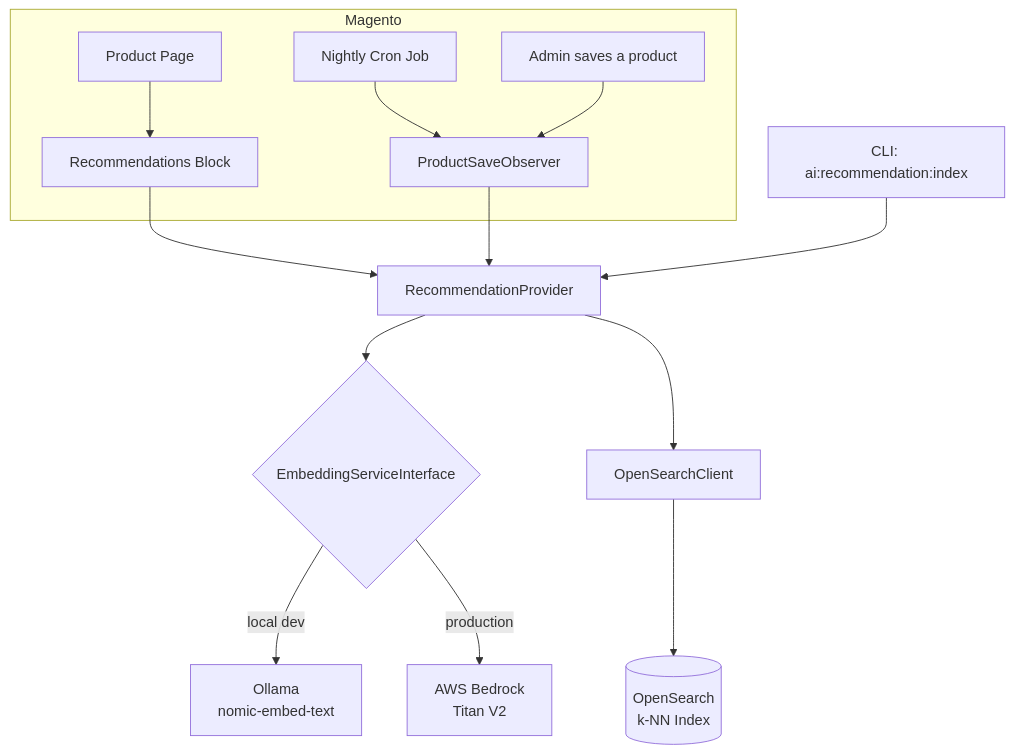
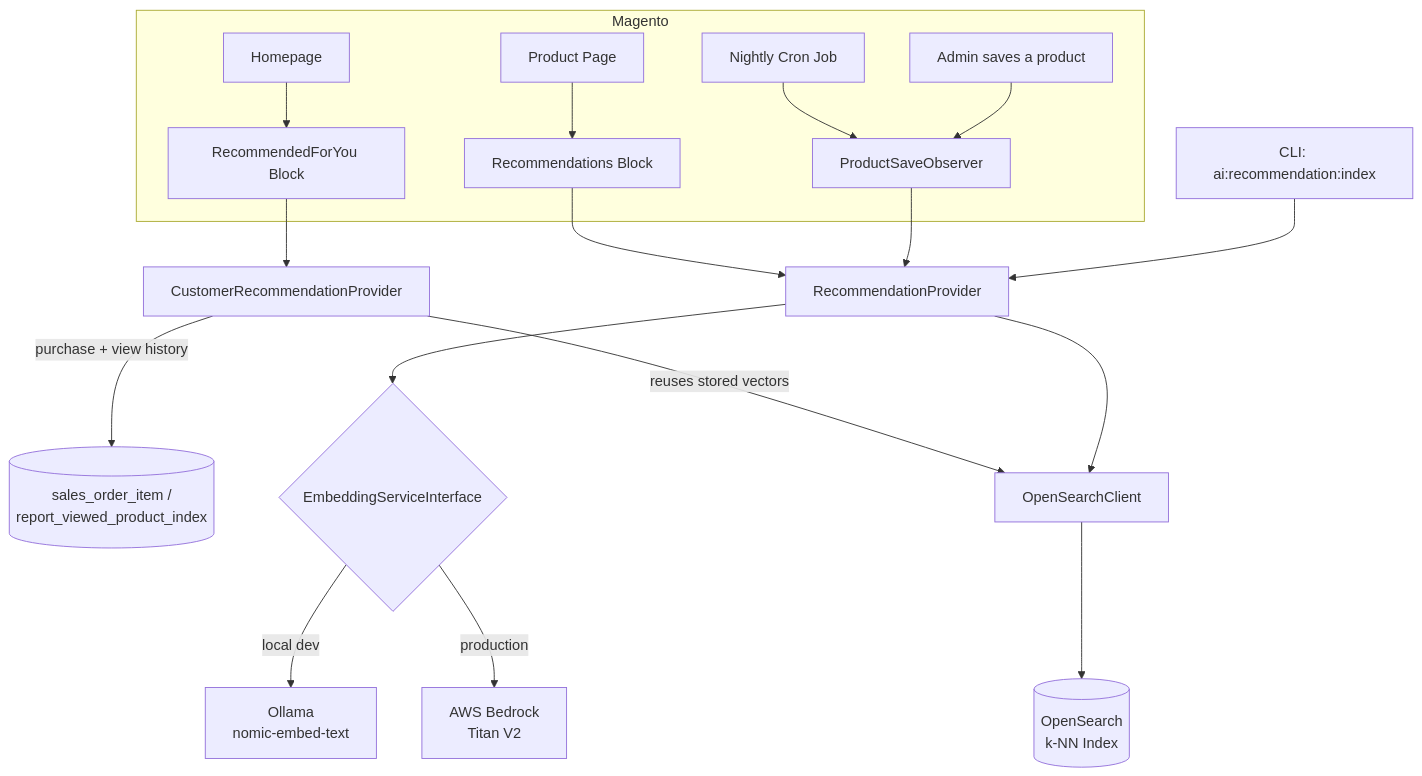
Before and after one commit to yadavayush834/magento-aiproductrecommendation: the second of 2 diagrams in README.md, drawn with Mermaid. The commit also changed other lines of this file and 10 other files, not shown here.

````diff
--- a/README.md
+++ b/README.md
@@ -86,19 +106,23 @@
 ```mermaid
 flowchart TB
     subgraph Magento
         PP[Product Page] --> Block[Recommendations Block]
+        HP[Homepage] --> HPBlock[RecommendedForYou Block]
         Cron[Nightly Cron Job] --> Observer
         Save[Admin saves a product] --> Observer[ProductSaveObserver]
     end
 
     Block --> RP[RecommendationProvider]
+    HPBlock --> CRP[CustomerRecommendationProvider]
     Observer --> RP
     CLI[CLI: ai:recommendation:index] --> RP
 
+    CRP -->|purchase + view history| DB[(sales_order_item /<br/>report_viewed_product_index)]
+    CRP -->|reuses stored vectors| OSC
     RP --> ES{EmbeddingServiceInterface}
     ES -->|local dev| Ollama[Ollama<br/>nomic-embed-text]
     ES -->|production| Bedrock[AWS Bedrock<br/>Titan V2]
 
     RP --> OSC[OpenSearchClient]
     OSC --> OS[(OpenSearch<br/>k-NN Index)]
 ```
````
